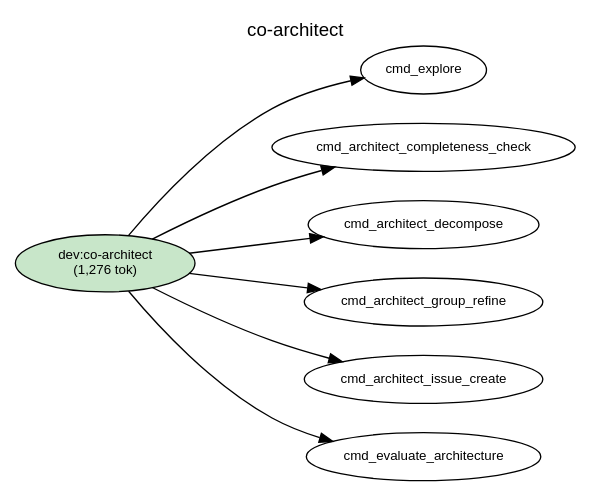
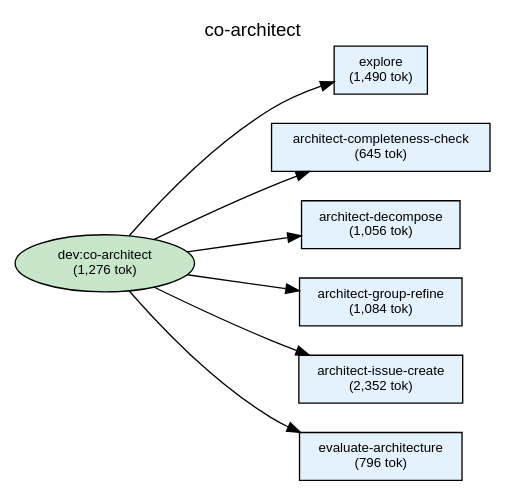
The diagram in plugins/dev/docs/deps-co-architect.dot (shuu5/twill), drawn with Graphviz before and after one commit. The commit also changed 26 other files, not shown here.

```diff
--- a/plugins/dev/docs/deps-co-architect.dot
+++ b/plugins/dev/docs/deps-co-architect.dot
@@ -1,43 +1,57 @@
 digraph Dependencies {
     // Graph settings
     rankdir=LR;
     ranksep=0.8;
     nodesep=0.3;
     fontname="Helvetica";
     node [fontname="Helvetica", fontsize=10];
     edge [fontname="Helvetica", fontsize=9];
     label="co-architect";
     labelloc=t;
     fontsize=14;
 
     // L0: Controller Skills
     skill_co_architect [label="dev:co-architect\n(1,276 tok)", shape=ellipse, style=filled, fillcolor="#c8e6c9"];
 
     // L0: Launchers
 
     // L0.5: Workflow Skills
 
     // Reference Skills
 
     // L1: Direct Commands
+    cmd_architect_completeness_check [label="architect-completeness-check\n(645 tok)", shape=box, style=filled, fillcolor="#e3f2fd"];
+    cmd_architect_decompose [label="architect-decompose\n(1,056 tok)", shape=box, style=filled, fillcolor="#e3f2fd"];
+    cmd_architect_group_refine [label="architect-group-refine\n(1,084 tok)", shape=box, style=filled, fillcolor="#e3f2fd"];
+    cmd_architect_issue_create [label="architect-issue-create\n(2,352 tok)", shape=box, style=filled, fillcolor="#e3f2fd"];
+    cmd_evaluate_architecture [label="evaluate-architecture\n(796 tok)", shape=box, style=filled, fillcolor="#e3f2fd"];
+    cmd_explore [label="explore\n(1,490 tok)", shape=box, style=filled, fillcolor="#e3f2fd"];
 
     // L2: Sub Commands
 
     // L3: Agents
 
     // L3.5: Scripts
 
     // L4: External
 
     // Layer constraints
     { rank=same; skill_co_architect; }
+    { rank=same; cmd_architect_completeness_check; cmd_architect_decompose; cmd_architect_group_refine; cmd_architect_issue_create; cmd_evaluate_architecture; cmd_explore; }
 
     // Edges
     skill_co_architect -> cmd_explore;
     skill_co_architect -> cmd_architect_completeness_check;
     skill_co_architect -> cmd_architect_decompose;
     skill_co_architect -> cmd_architect_group_refine;
     skill_co_architect -> cmd_architect_issue_create;
     skill_co_architect -> cmd_evaluate_architecture;
 
+    // Ordering constraints (invisible edges)
+    cmd_explore -> cmd_architect_completeness_check [style=invis, weight=10];
+    cmd_architect_completeness_check -> cmd_architect_decompose [style=invis, weight=10];
+    cmd_architect_decompose -> cmd_architect_group_refine [style=invis, weight=10];
+    cmd_architect_group_refine -> cmd_architect_issue_create [style=invis, weight=10];
+    cmd_architect_issue_create -> cmd_evaluate_architecture [style=invis, weight=10];
+
 }
```
